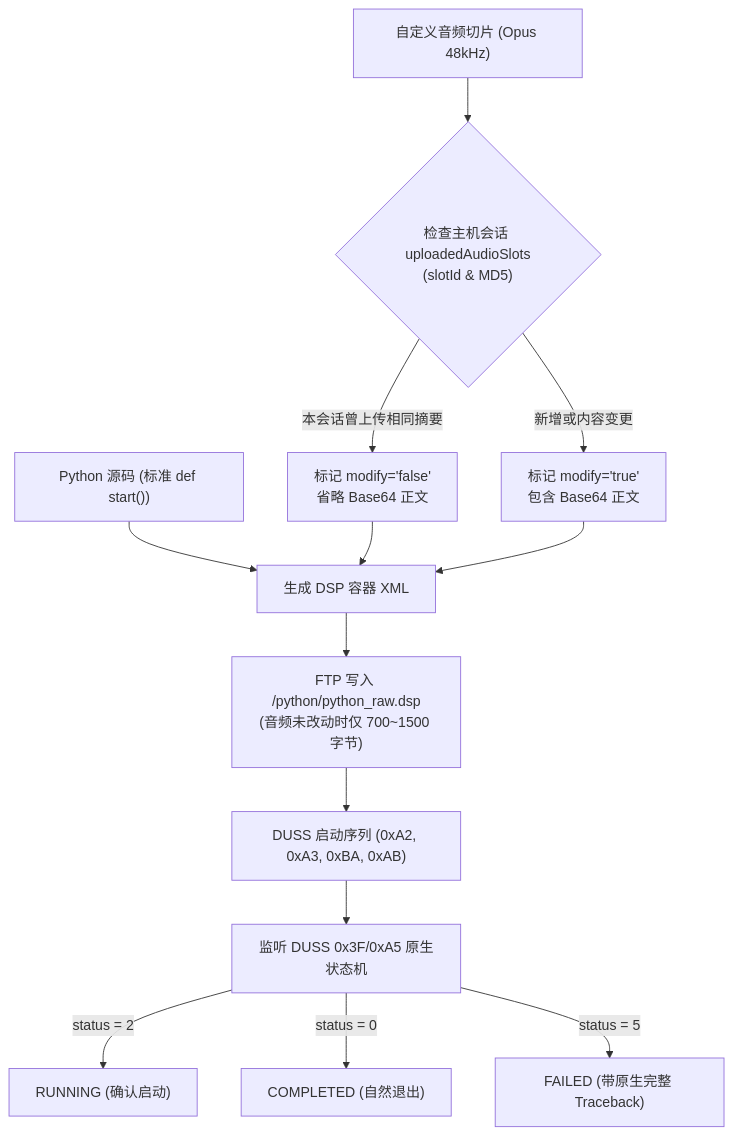
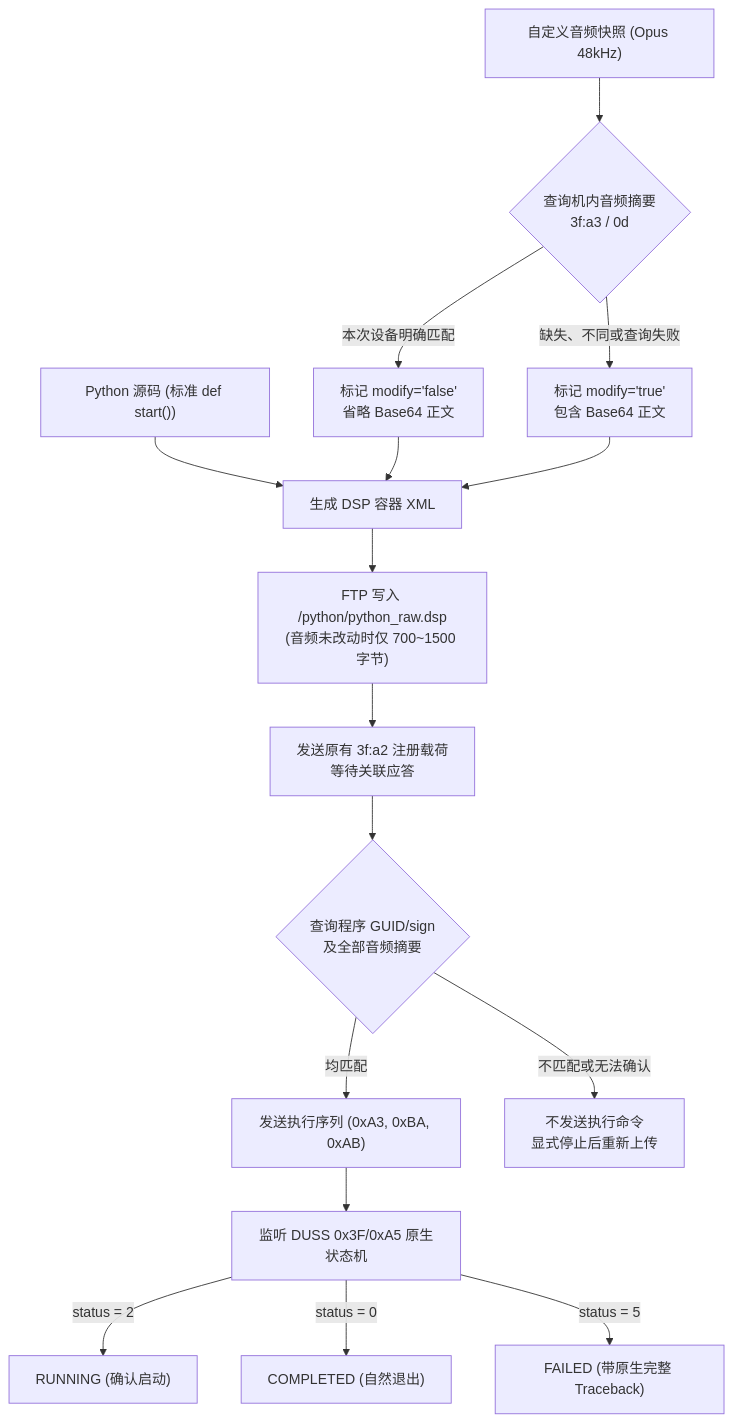
One commit to elonzh/hanppie changed the sixth of 9 diagrams in docs/architecture.md. Above: the diagram before and after it, drawn with Mermaid. The commit also changed other lines of this file and 12 other files, not shown here.

````diff
--- a/docs/architecture.md
+++ b/docs/architecture.md
@@ -462,15 +462,18 @@
 ```mermaid
 flowchart TD
     SCRIPT["Python 源码 (标准 def start())"] --> PACK["生成 DSP 容器 XML"]
-    AUDIO["自定义音频切片 (Opus 48kHz)"] --> CACHE_CHECK{"检查主机会话 uploadedAudioSlots<br/>(slotId & MD5)"}
-    CACHE_CHECK -- " 本会话曾上传相同摘要 " --> XML_STUB["标记 modify='false'<br/>省略 Base64 正文"]
-    CACHE_CHECK -- " 新增或内容变更 " --> XML_FULL["标记 modify='true'<br/>包含 Base64 正文"]
+    AUDIO["自定义音频快照 (Opus 48kHz)"] --> CACHE_CHECK{"查询机内音频摘要<br/>3f:a3 / 0d"}
+    CACHE_CHECK -- " 本次设备明确匹配 " --> XML_STUB["标记 modify='false'<br/>省略 Base64 正文"]
+    CACHE_CHECK -- " 缺失、不同或查询失败 " --> XML_FULL["标记 modify='true'<br/>包含 Base64 正文"]
     XML_STUB --> PACK
     XML_FULL --> PACK
     PACK --> FTP_UP["FTP 写入 /python/python_raw.dsp<br/>(音频未改动时仅 700~1500 字节)"]
-    FTP_UP --> DUSS_RUN["DUSS 启动序列 (0xA2, 0xA3, 0xBA, 0xAB)"]
+    FTP_UP --> REGISTER["发送原有 3f:a2 注册载荷<br/>等待关联应答"]
+    REGISTER --> VERIFY{"查询程序 GUID/sign<br/>及全部音频摘要"}
+    VERIFY -- " 均匹配 " --> DUSS_RUN["发送执行序列 (0xA3, 0xBA, 0xAB)"]
+    VERIFY -- " 不匹配或无法确认 " --> WAIT["不发送执行命令<br/>显式停止后重新上传"]
     DUSS_RUN --> MONITOR["监听 DUSS 0x3F/0xA5 原生状态机"]
     MONITOR -->|status = 2| RUNNING["RUNNING (确认启动)"]
     MONITOR -->|status = 0| COMPLETED["COMPLETED (自然退出)"]
     MONITOR -->|status = 5| FAILED["FAILED (带原生完整 Traceback)"]
 ```
````
